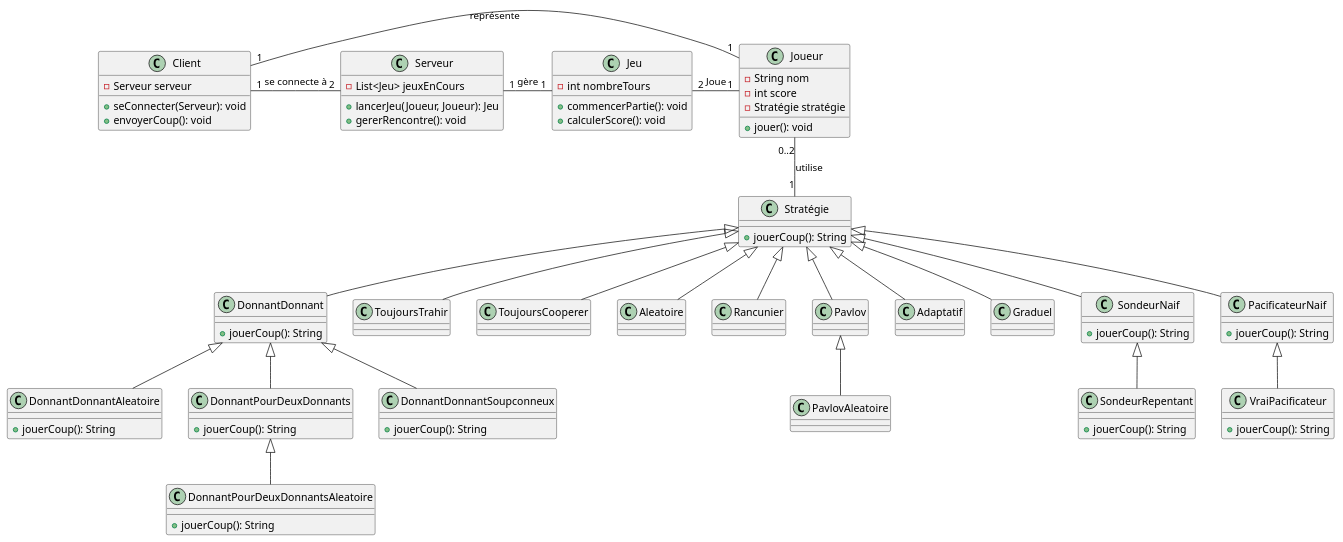
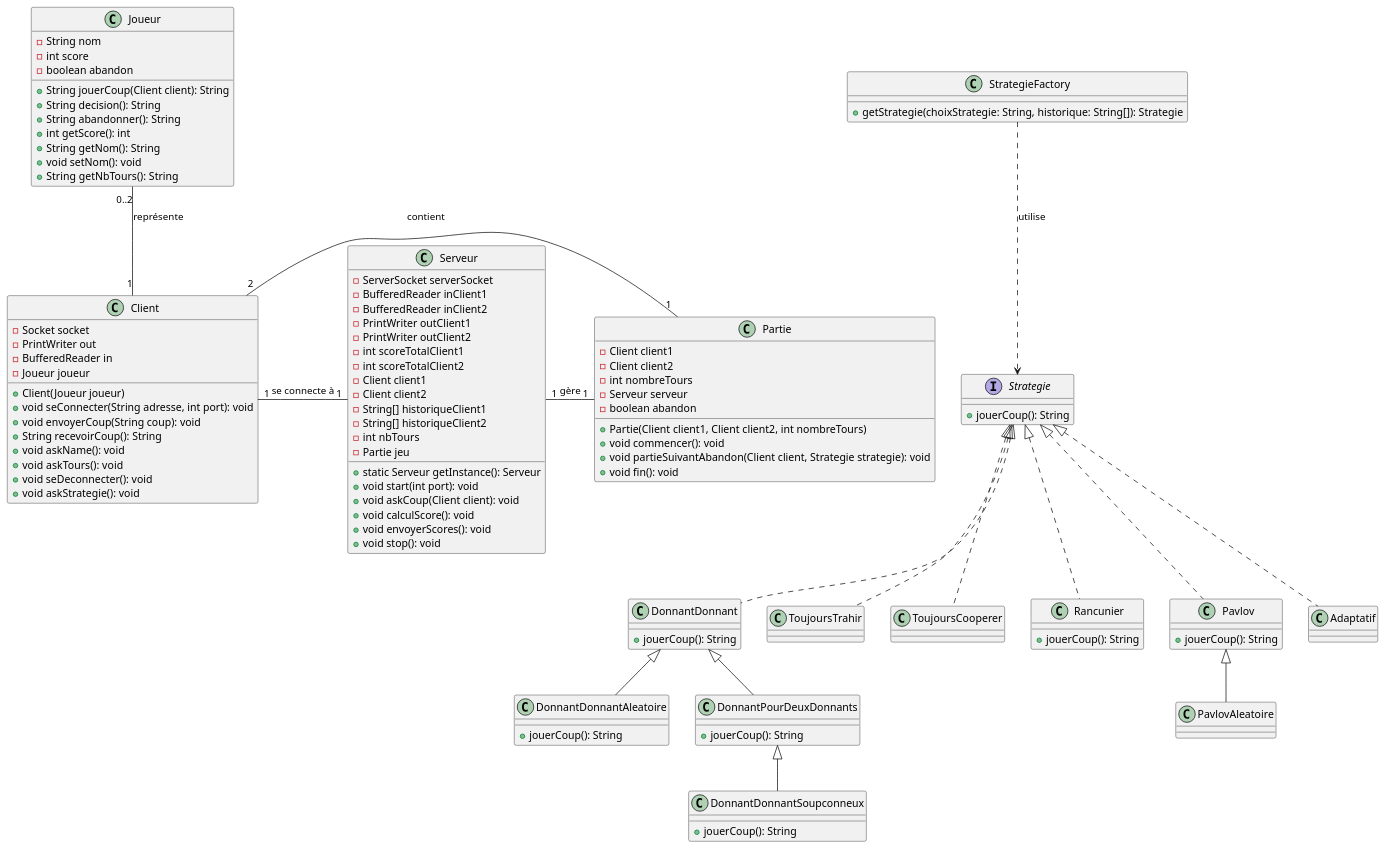
The diagram in src/main/UML/PrisonersDilemma.puml (nicomr70/prisonners-dilemma), drawn with PlantUML before and after one commit. The commit also changed 4 other files, not shown here.

Commit message:
Finalistion de l'historique et update de l'uml

```diff
--- a/src/main/UML/PrisonersDilemma.puml
+++ b/src/main/UML/PrisonersDilemma.puml
@@ -1,88 +1,117 @@
 @startuml
-class Jeu {
-    -int nombreTours
-    +commencerPartie(): void
-    +calculerScore(): void
-}
 
 class Joueur {
     -String nom
     -int score
-    -Stratégie stratégie
-    +jouer(): void
+    -boolean abandon
+    +String jouerCoup(Client client): String
+    +String decision(): String
+    +String abandonner(): String
+    +int getScore(): int
+    +String getNom(): String
+    +void setNom(): void
+    +String getNbTours(): String
 }
 
-class Stratégie {
+class Client {
+    -Socket socket
+    -PrintWriter out
+    -BufferedReader in
+    -Joueur joueur
+    +Client(Joueur joueur)
+    +void seConnecter(String adresse, int port): void
+    +void envoyerCoup(String coup): void
+    +String recevoirCoup(): String
+    +void askName(): void
+    +void askTours(): void
+    +void seDeconnecter(): void
+    +void askStrategie(): void
+}
+
+class Serveur {
+    -ServerSocket serverSocket
+    -BufferedReader inClient1
+    -BufferedReader inClient2
+    -PrintWriter outClient1
+    -PrintWriter outClient2
+    -int scoreTotalClient1
+    -int scoreTotalClient2
+    -Client client1
+    -Client client2
+    -String[] historiqueClient1
+    -String[] historiqueClient2
+    -int nbTours
+    -Partie jeu
+    +static Serveur getInstance(): Serveur
+    +void start(int port): void
+    +void askCoup(Client client): void
+    +void calculScore(): void
+    +void envoyerScores(): void
+    +void stop(): void
+}
+
+class Partie {
+    -Client client1
+    -Client client2
+    -int nombreTours
+    -Serveur serveur
+    -boolean abandon
+    +Partie(Client client1, Client client2, int nombreTours)
+    +void commencer(): void
+    +void partieSuivantAbandon(Client client, Strategie strategie): void
+    +void fin(): void
+}
+
+interface Strategie {
     +jouerCoup(): String
 }
 
-class Serveur {
-    -List<Jeu> jeuxEnCours
-    +lancerJeu(Joueur, Joueur): Jeu
-    +gererRencontre(): void
+class StrategieFactory {
+    +getStrategie(choixStrategie: String, historique: String[]): Strategie
 }
 
-class Client {
-    -Serveur serveur
-    +seConnecter(Serveur): void
-    +envoyerCoup(): void
-}
+Joueur "0..2" -- "1" Client : "représente"
+Client "1" - "1" Serveur : "se connecte à"
+Partie "1" - "2" Client : "contient"
+Serveur "1" - "1" Partie : "gère"
 
-Jeu "2" - "1" Joueur : "Joue"
-Joueur "0..2" -- "1" Stratégie : "utilise"
-Serveur "1"-"1" Jeu : "gère"
-Client "1" - "2" Serveur : "se connecte à"
-Client "1" - "1" Joueur : "représente"
-
-Stratégie <|-- DonnantDonnant
-Stratégie <|-- ToujoursTrahir
-Stratégie <|-- ToujoursCooperer
-Stratégie <|-- Aleatoire
-Stratégie <|-- Rancunier
-Stratégie <|-- Pavlov
-Stratégie <|-- Adaptatif
-Stratégie <|-- Graduel
-Stratégie <|-- SondeurNaif
-Stratégie <|-- PacificateurNaif
-
-DonnantDonnant <|-- DonnantDonnantAleatoire
-DonnantDonnant <|-- DonnantPourDeuxDonnants
-DonnantPourDeuxDonnants <|-- DonnantPourDeuxDonnantsAleatoire
-DonnantDonnant <|-- DonnantDonnantSoupconneux
-
-Pavlov <|-- PavlovAleatoire
+Strategie <|.. DonnantDonnant
+Strategie <|.. ToujoursTrahir
+Strategie <|.. ToujoursCooperer
+Strategie <|.. Rancunier
+Strategie <|.. Pavlov
+Strategie <|.. Adaptatif
 
 class DonnantDonnant {
     +jouerCoup(): String
 }
+
+class Rancunier {
+    +jouerCoup(): String
+}
+
 class DonnantDonnantAleatoire {
     +jouerCoup(): String
 }
+
 class DonnantPourDeuxDonnants {
     +jouerCoup(): String
 }
-class DonnantPourDeuxDonnantsAleatoire {
-    +jouerCoup(): String
-}
+
 class DonnantDonnantSoupconneux {
     +jouerCoup(): String
 }
 
-class SondeurNaif {
-    +jouerCoup(): String
-}
-class SondeurRepentant {
+class Pavlov {
     +jouerCoup(): String
 }
 
-class PacificateurNaif {
-    +jouerCoup(): String
-}
-class VraiPacificateur {
-    +jouerCoup(): String
-}
+DonnantPourDeuxDonnants <|-- DonnantDonnantSoupconneux
+DonnantDonnant <|-- DonnantDonnantAleatoire
+DonnantDonnant <|-- DonnantPourDeuxDonnants
+Pavlov <|-- PavlovAleatoire
 
-SondeurNaif <|-- SondeurRepentant
-PacificateurNaif <|-- VraiPacificateur
+
+StrategieFactory ..> Strategie : "utilise"
 
 @enduml
```
